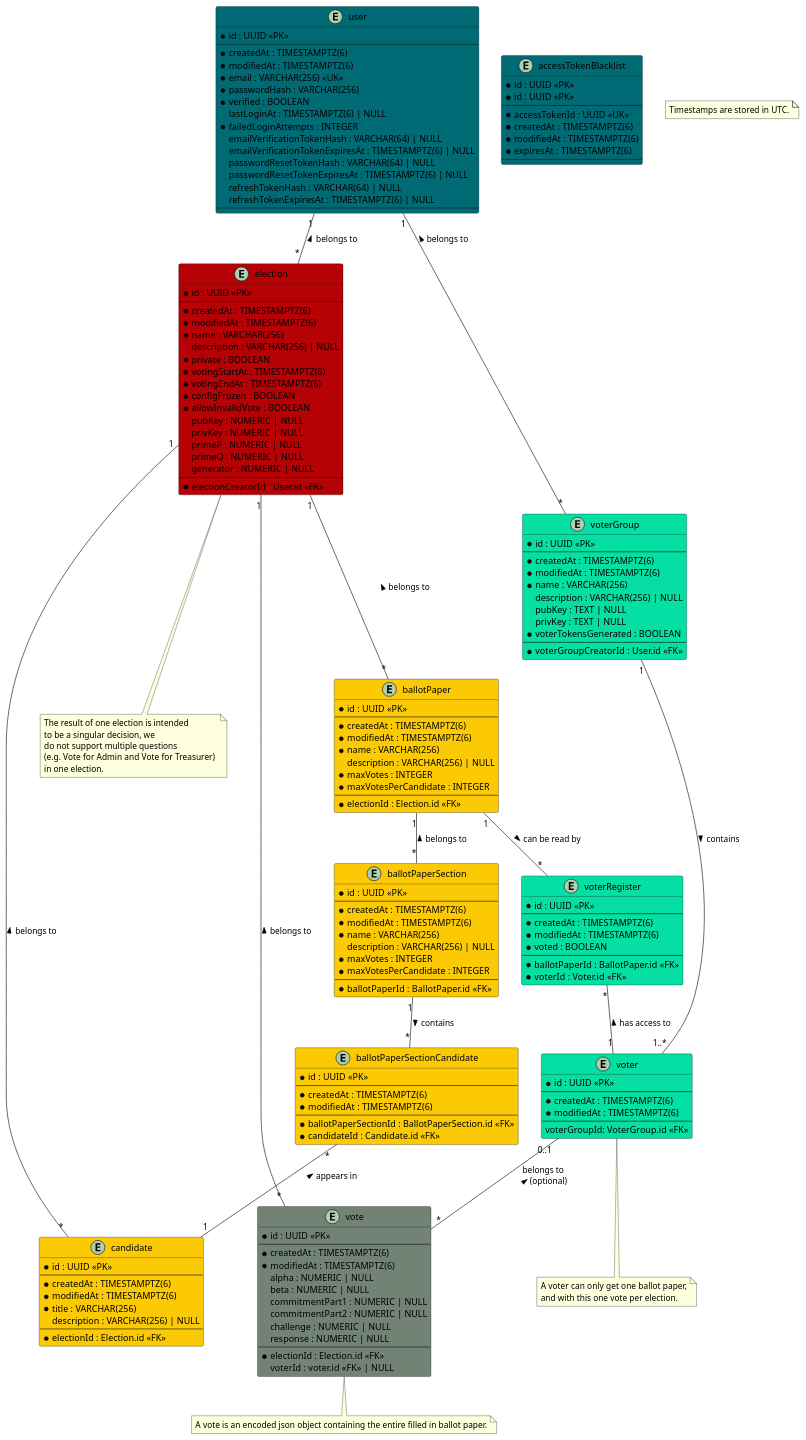
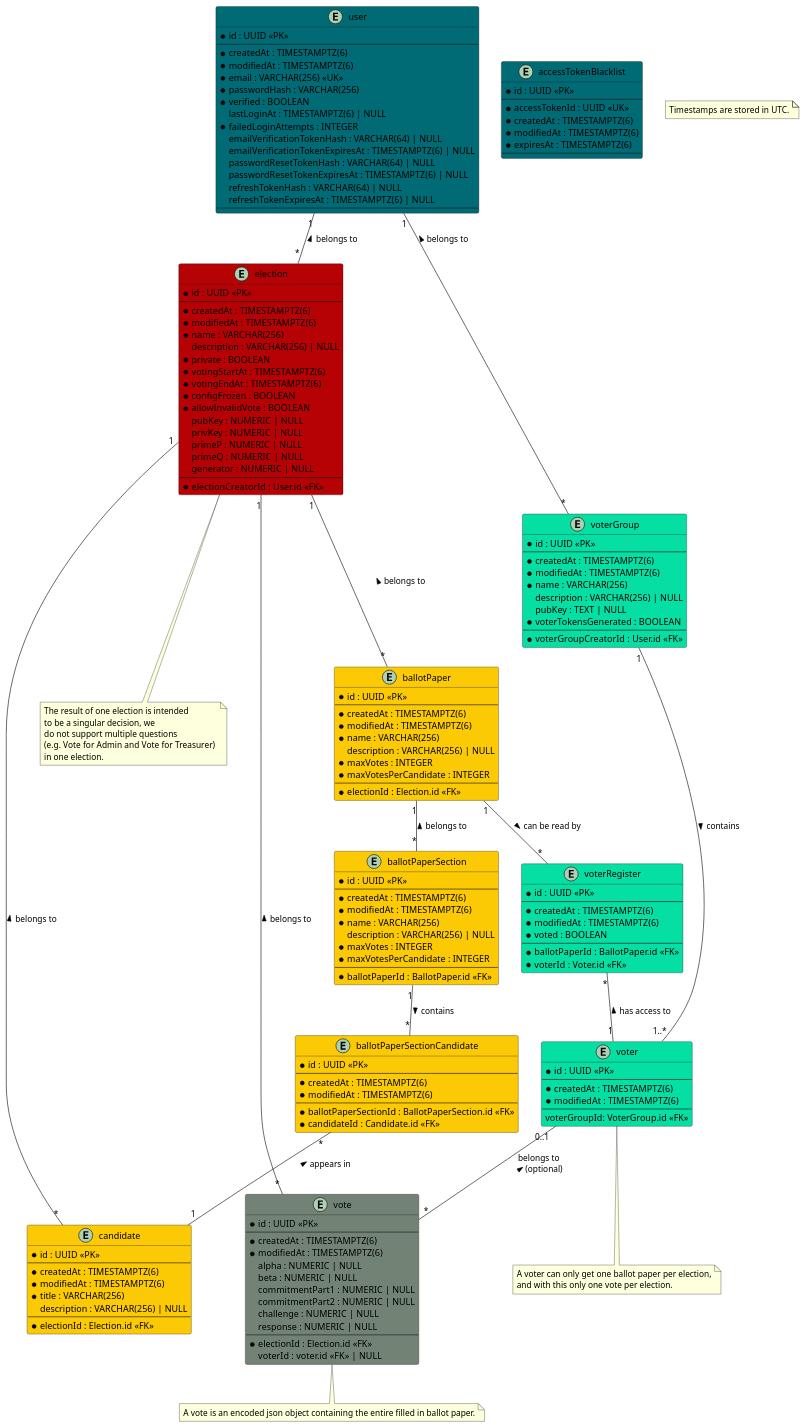
Before and after one commit to SE-UUlm/votura: the diagram in apps/docs/static/uml/dataModel.puml, drawn with PlantUML. The commit also changed 3 other files, not shown here.

Commit message:
#215: remove privKey field from voterGroup and related entities in the database schema

```diff
--- a/apps/docs/static/uml/dataModel.puml
+++ b/apps/docs/static/uml/dataModel.puml
@@ -1,196 +1,194 @@
 @startuml dataModel
 
 entity "user" as user #006b75 {
     * id : UUID <<PK>>
     --
     * createdAt : TIMESTAMPTZ(6)
     * modifiedAt : TIMESTAMPTZ(6)
     * email : VARCHAR(256) <<UK>>
     * passwordHash : VARCHAR(256)
     * verified : BOOLEAN
     lastLoginAt : TIMESTAMPTZ(6) | NULL
     ' failed login attempts get reset on successful login
     * failedLoginAttempts : INTEGER
     emailVerificationTokenHash : VARCHAR(64) | NULL
     emailVerificationTokenExpiresAt : TIMESTAMPTZ(6) | NULL
     passwordResetTokenHash : VARCHAR(64) | NULL
     passwordResetTokenExpiresAt : TIMESTAMPTZ(6) | NULL
     refreshTokenHash : VARCHAR(64) | NULL
     refreshTokenExpiresAt : TIMESTAMPTZ(6) | NULL
     --
 }
 
 entity "accessTokenBlacklist" as jwtBlacklist #006b75 {
     ' this table is used to store blacklisted access tokens
     ' The jti is 36 characters long if we use UUIDv4
-    * id : UUID <<PK>>
     * id : UUID <<PK>>
     --
     * accessTokenId : UUID <<UK>>
     * createdAt : TIMESTAMPTZ(6)
     * modifiedAt : TIMESTAMPTZ(6)
     * expiresAt : TIMESTAMPTZ(6)
     --
 }
 
 entity "election" as elections #b60205 {
     * id : UUID <<PK>>
     --
     * createdAt : TIMESTAMPTZ(6)
     * modifiedAt : TIMESTAMPTZ(6)
     * name : VARCHAR(256)
     description : VARCHAR(256) | NULL
     * private : BOOLEAN
     * votingStartAt : TIMESTAMPTZ(6)
     * votingEndAt : TIMESTAMPTZ(6)
     * configFrozen : BOOLEAN
     * allowInvalidVote : BOOLEAN
     ' Is there a use case for `votesCounted`?
     ' * votesCounted : BOOLEAN
     ' * votesCounted : BOOLEAN
     ' Computed values such as validVotes and invalidVotes are critical - do we really want to store them?
     ' validVotes : NUMERIC | NULL
     ' invalidVotes : NUMERIC | NULL
     pubKey : NUMERIC | NULL
     privKey : NUMERIC | NULL
     primeP : NUMERIC | NULL
     primeQ : NUMERIC | NULL
     generator : NUMERIC | NULL
     --
     * electionCreatorId : User.id <<FK>>
 }
 
 note as N2
 The result of one election is intended 
 to be a singular decision, we 
 do not support multiple questions 
 (e.g. Vote for Admin and Vote for Treasurer) 
 in one election.
 end note
 
 entity "ballotPaper" as ballotPapers #fbca04 {
     * id : UUID <<PK>>
     --
     * createdAt : TIMESTAMPTZ(6)
     * modifiedAt : TIMESTAMPTZ(6)
     * name : VARCHAR(256)
     description : VARCHAR(256) | NULL
     * maxVotes : INTEGER
     * maxVotesPerCandidate : INTEGER
     --
     * electionId : Election.id <<FK>>
 }
 
 entity "ballotPaperSection" as ballotPaperSections #fbca04 {
     * id : UUID <<PK>>
     --
     * createdAt : TIMESTAMPTZ(6)
     * modifiedAt : TIMESTAMPTZ(6)
     * name : VARCHAR(256)
     description : VARCHAR(256) | NULL
     * maxVotes : INTEGER
     * maxVotesPerCandidate : INTEGER
     --
     * ballotPaperId : BallotPaper.id <<FK>>
 }
 
 entity "ballotPaperSectionCandidate" as ballotPaperSectionCandidates #fbca04 {
     * id : UUID <<PK>>
     --
     * createdAt : TIMESTAMPTZ(6)
     * modifiedAt : TIMESTAMPTZ(6)
     --
     * ballotPaperSectionId : BallotPaperSection.id <<FK>>
     * candidateId : Candidate.id <<FK>>
 }
 
 entity "candidate" as candidates #fbca04 {
     * id : UUID <<PK>>
     --
     * createdAt : TIMESTAMPTZ(6)
     * modifiedAt : TIMESTAMPTZ(6)
     * title : VARCHAR(256)
     description : VARCHAR(256) | NULL
     --
     * electionId : Election.id <<FK>>
 }
 
 entity "vote" as votes #728376 {
     * id : UUID <<PK>>
     --
     * createdAt : TIMESTAMPTZ(6)
     * modifiedAt : TIMESTAMPTZ(6)
     alpha : NUMERIC | NULL
     beta : NUMERIC | NULL
     commitmentPart1 : NUMERIC | NULL
     commitmentPart2 : NUMERIC | NULL
     challenge : NUMERIC | NULL
     response : NUMERIC | NULL
     --
     * electionId : Election.id <<FK>>
     ' if the vote isn't secret, voter can be saved
     voterId : voter.id <<FK>> | NULL
 }
 note as N4
 A vote is an encoded json object containing the entire filled in ballot paper.
 end note
 
 entity "voterRegister" as voterRegisters #05DFA3 {
     * id : UUID <<PK>>
     --
     * createdAt : TIMESTAMPTZ(6)
     * modifiedAt : TIMESTAMPTZ(6)
     * voted : BOOLEAN
     --
     * ballotPaperId : BallotPaper.id <<FK>>
     * voterId : Voter.id <<FK>>
 }
 
 entity "voter" as voters #05DFA3 {
     * id : UUID <<PK>>
     --
     * createdAt : TIMESTAMPTZ(6)
     * modifiedAt : TIMESTAMPTZ(6)
     --
     voterGroupId: VoterGroup.id <<FK>>
 }
 note as N3
-A voter can only get one ballot paper,
-and with this one vote per election.
+A voter can only get one ballot paper per election,
+and with this only one vote per election.
 end note
 
 entity "voterGroup" as voterGroups #05DFA3 {
     * id : UUID <<PK>>
     --
     * createdAt : TIMESTAMPTZ(6)
     * modifiedAt : TIMESTAMPTZ(6)
     * name : VARCHAR(256)
     description : VARCHAR(256) | NULL
     pubKey : TEXT | NULL
-    privKey : TEXT | NULL
     * voterTokensGenerated : BOOLEAN
     --
     * voterGroupCreatorId : User.id <<FK>>
 }
 
 note as N1
 Timestamps are stored in UTC.
 end note
 
 user "1"--"*" elections : belongs to <
 elections "1"--"*" ballotPapers : belongs to <
 elections -- N2
 elections "1"--"*" candidates : belongs to <
 ballotPapers "1"--"*" voterRegisters : can be read by >
 voterRegisters "*"--"1" voters : has access to <
 ballotPapers "1"--"*" ballotPaperSections : belongs to <
 ballotPaperSections "1"--"*" ballotPaperSectionCandidates : contains >
 ballotPaperSectionCandidates "*"--"1" candidates : appears in <
 votes "*"--"1" elections : belongs to >
 voters "0..1"--"*" votes : belongs to \n (optional) <
 user "1"--"*" voterGroups : belongs to <
 voterGroups "1"--"1..*" voters : contains >
 voters -- N3
 votes -- N4
 
 @enduml
```
